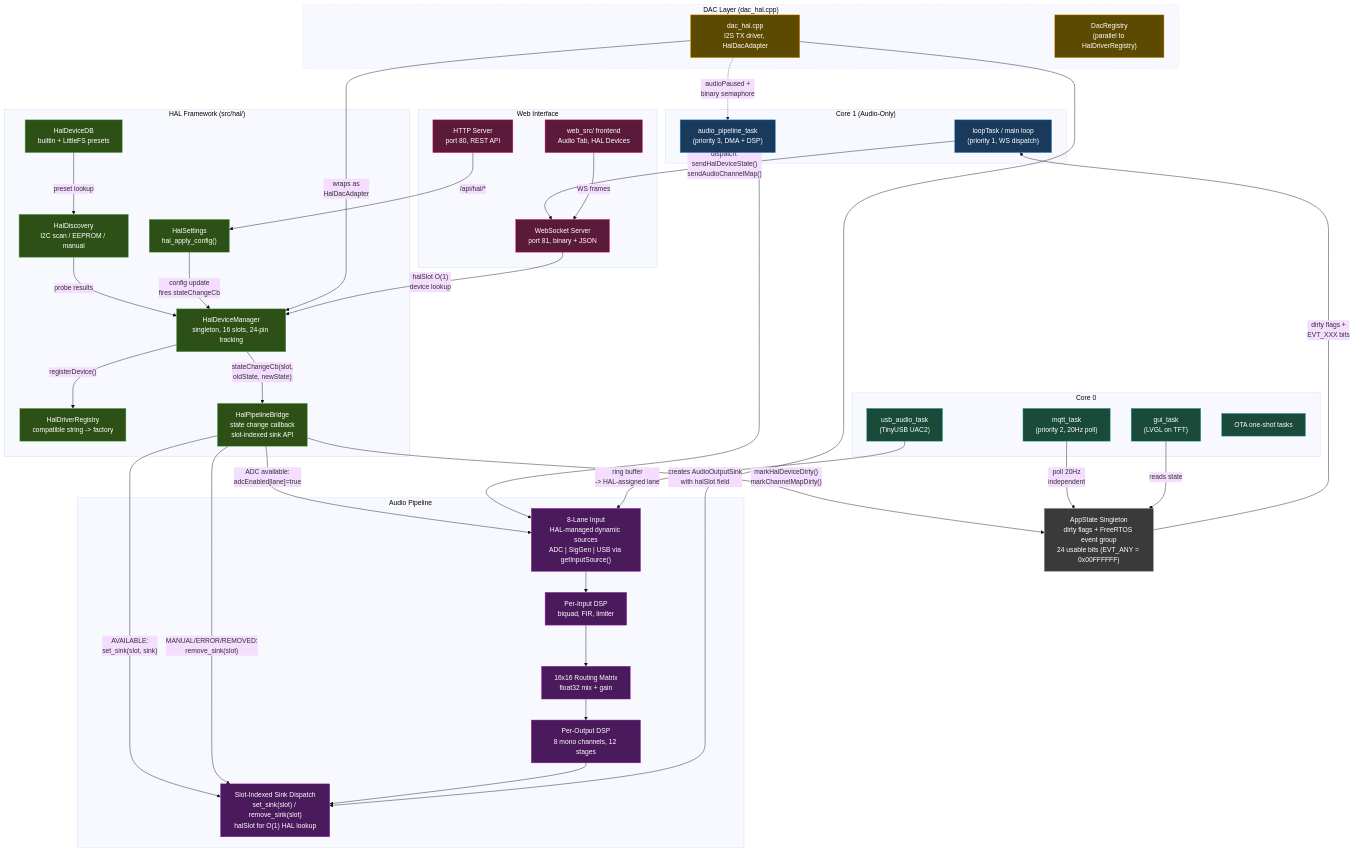
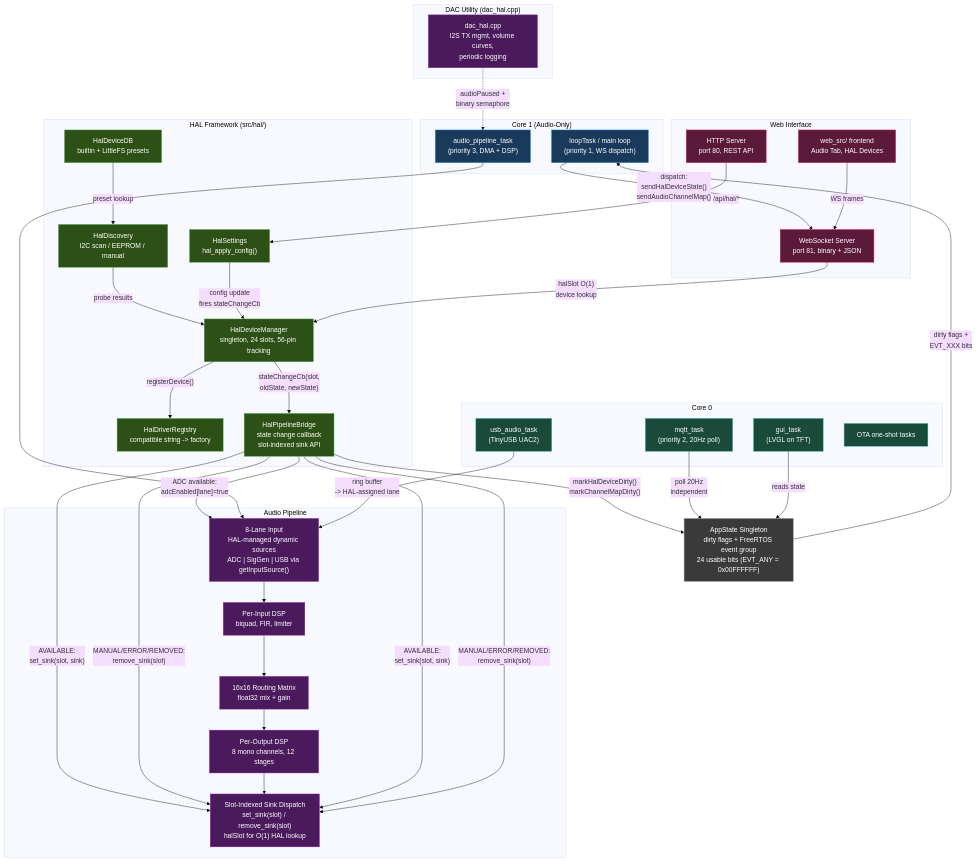
Before and after one commit to Schmackos/ALX_Nova_Controller_2: the first of 10 diagrams in docs-internal/architecture/diagrams.md, drawn with Mermaid (base theme). The commit also changed other lines of this file and 14 other files, not shown here.

First line of the commit message:
docs: fix legacy device references across Docusaurus site and architecture diagrams (#45)

````diff
--- a/docs-internal/architecture/diagrams.md
+++ b/docs-internal/architecture/diagrams.md
@@ -29,7 +29,7 @@
     end
 
     subgraph HAL["HAL Framework (src/hal/)"]
-        HM["HalDeviceManager\nsingleton, 16 slots, 24-pin tracking"]
+        HM["HalDeviceManager\nsingleton, 24 slots, 56-pin tracking"]
         HD["HalDiscovery\nI2C scan / EEPROM / manual"]
         HDB["HalDeviceDB\nbuiltin + LittleFS presets"]
         HR["HalDriverRegistry\ncompatible string -> factory"]
@@ -45,10 +45,8 @@
         SINKS["Slot-Indexed Sink Dispatch\nset_sink(slot) / remove_sink(slot)\nhalSlot for O(1) HAL lookup"]
     end
 
-    subgraph LegacyDAC["DAC Layer (dac_hal.cpp)"]
-        style LegacyDAC stroke-dasharray: 5 5
-        DH["dac_hal.cpp\nI2S TX driver, HalDacAdapter"]
-        DR["DacRegistry\n(parallel to HalDriverRegistry)"]
+    subgraph DacUtil["DAC Utility (dac_hal.cpp)"]
+        DH["dac_hal.cpp\nI2S TX mgmt, volume curves,\nperiodic logging"]
     end
 
     subgraph WebGUI["Web Interface"]
@@ -71,8 +69,8 @@
 
     AP --> INP --> DSP --> MTX --> ODSP --> SINKS
 
-    DH -->|"creates AudioOutputSink\nwith halSlot field"| SINKS
-    DH -->|"wraps as\nHalDacAdapter"| HM
+    HPB -->|"AVAILABLE:\nset_sink(slot, sink)"| SINKS
+    HPB -->|"MANUAL/ERROR/REMOVED:\nremove_sink(slot)"| SINKS
 
     AS -->|"dirty flags +\nEVT_XXX bits"| ML
     ML -->|"dispatch:\nsendHalDeviceState()\nsendAudioChannelMap()"| WS
@@ -92,7 +90,7 @@
     class MQTT,GUI,USB,OTA core0
     class HM,HD,HDB,HR,HPB,HS hal
     class INP,DSP,MTX,ODSP,SINKS pipeline
-    class DH,DR legacy
+    class DH pipeline
     class WS,HTTP,WEB web
     class AS state
 ```
````
